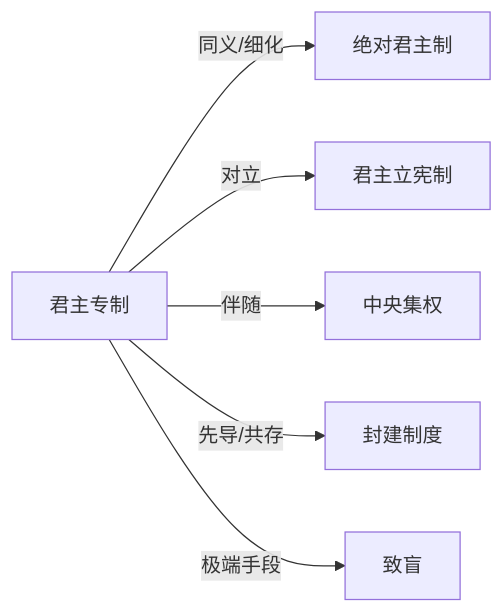
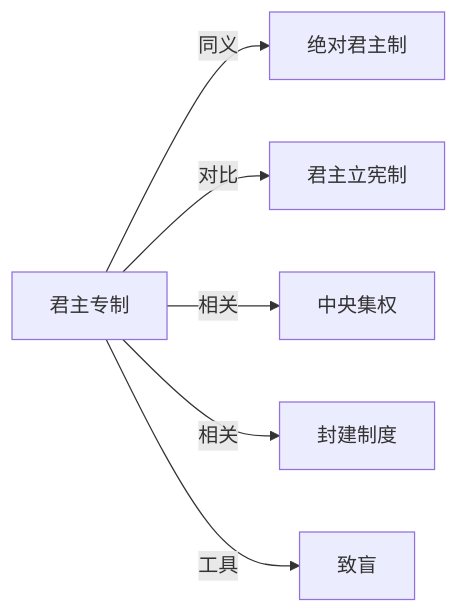
Before and after one commit to KIMMCHOW/MyKnowledge: the diagram in Knowledge/Concepts/政治/君主专制.md, drawn with Mermaid. The commit also changed 95 other files, not shown here.

Commit message:
reorganize: 统一关系图边标签为11类

````diff
--- a/Knowledge/Concepts/政治/君主专制.md
+++ b/Knowledge/Concepts/政治/君主专制.md
@@ -42,8 +42,8 @@
 ```mermaid
 graph LR
-君主专制 -->|同义/细化| 绝对君主制
-君主专制 -->|对立| 君主立宪制
-君主专制 -->|伴随| 中央集权
-君主专制 -->|先导/共存| 封建制度
-君主专制 -->|极端手段| 致盲
+君主专制 -->|同义| 绝对君主制
+君主专制 -->|对比| 君主立宪制
+君主专制 -->|相关| 中央集权
+君主专制 -->|相关| 封建制度
+君主专制 -->|工具| 致盲
 ```
````
